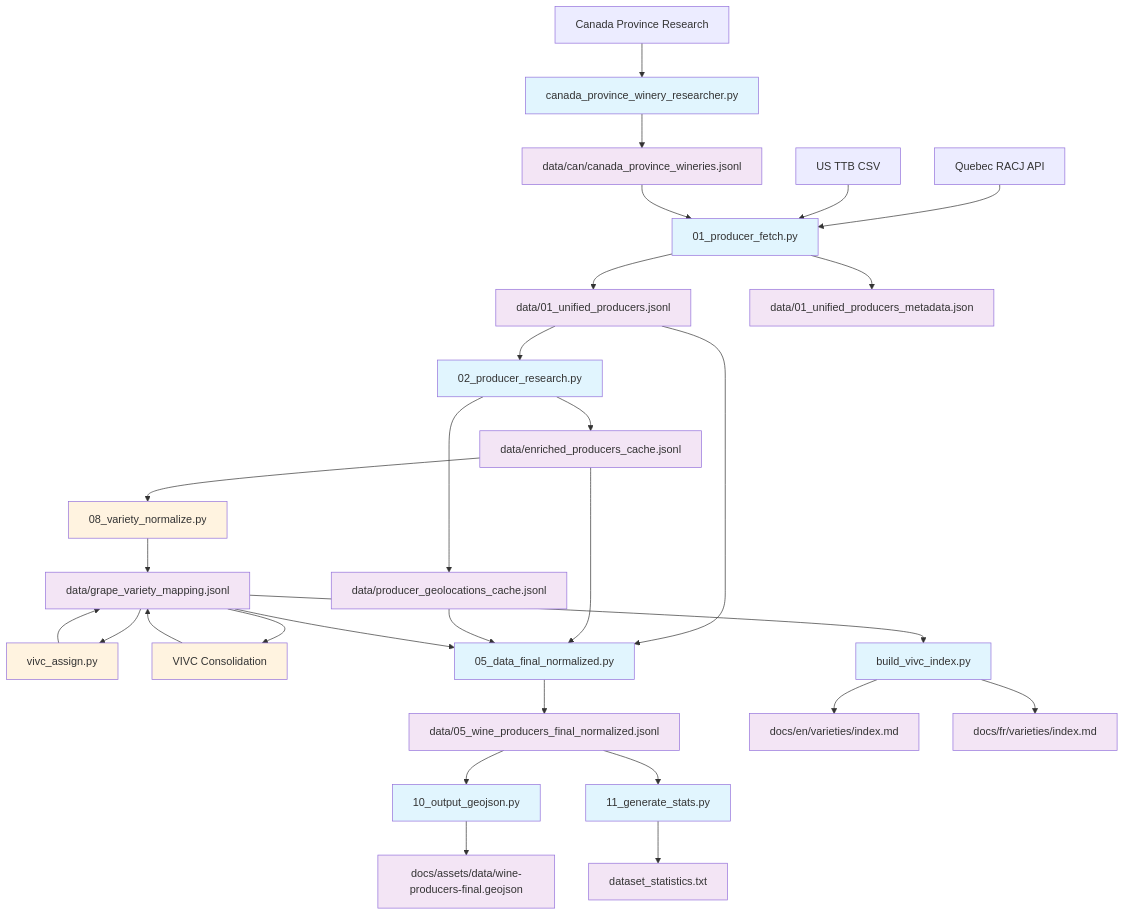
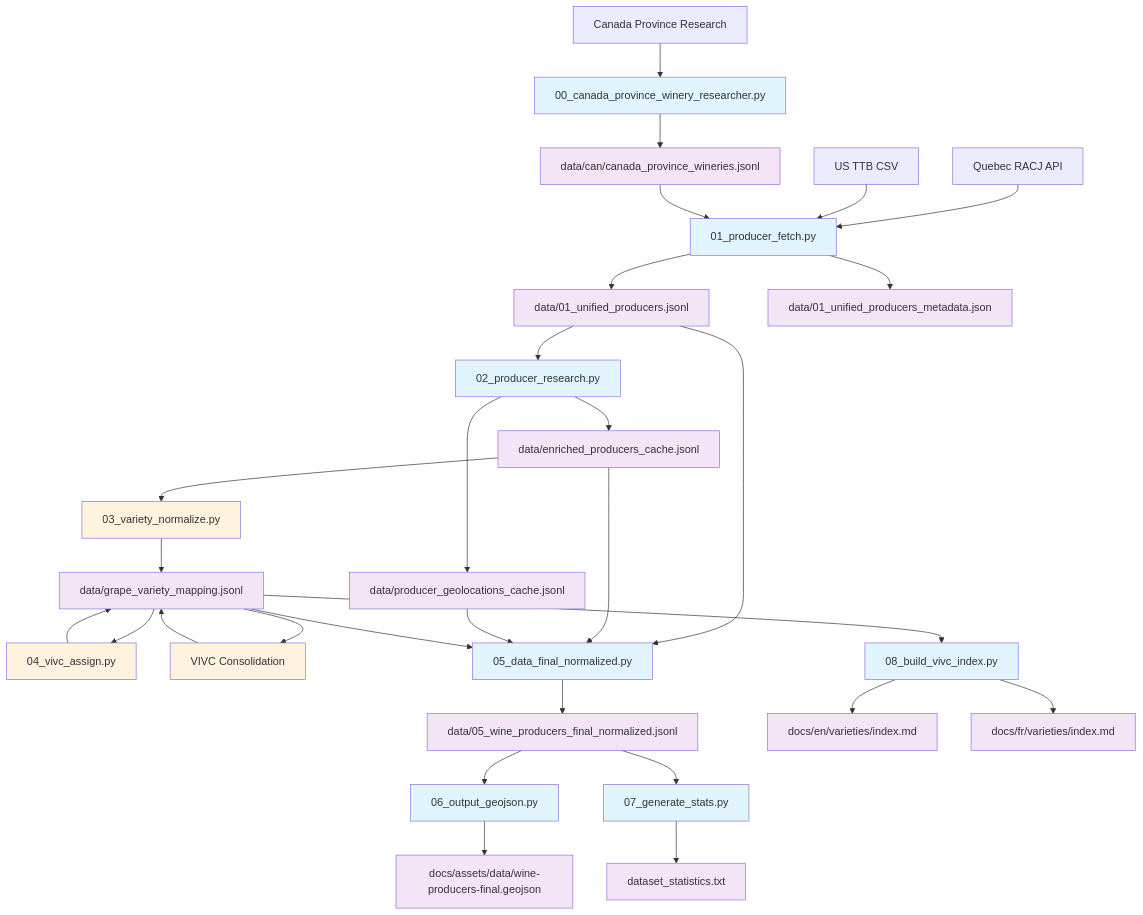
One commit to p-gag/grapegeek changed the diagram in src/README.md. Above: the diagram before and after it, drawn with Mermaid. The commit also changed other lines of this file and 6 other files, not shown here.

````diff
--- a/src/README.md
+++ b/src/README.md
@@ -16,58 +16,58 @@
 ```mermaid
 graph TD
     %% Data Sources
     A1[Quebec RACJ API] 
     A2[US TTB CSV]
     A3[Canada Province Research]
     
-    %% Step 1: Data Collection
-    A3 --> B1[canada_province_winery_researcher.py]
-    B1 --> D1[data/can/canada_province_wineries.jsonl]
+    %% Step 0: Data Collection
+    A3 --> B0[00_canada_province_winery_researcher.py]
+    B0 --> D1[data/can/canada_province_wineries.jsonl]
     
-    %% Step 2: Unify Sources  
-    A1 --> B2[01_producer_fetch.py]
-    A2 --> B2
-    D1 --> B2
-    B2 --> D2[data/01_unified_producers.jsonl]
-    B2 --> D2M[data/01_unified_producers_metadata.json]
+    %% Step 1: Unify Sources  
+    A1 --> B1[01_producer_fetch.py]
+    A2 --> B1
+    D1 --> B1
+    B1 --> D2[data/01_unified_producers.jsonl]
+    B1 --> D2M[data/01_unified_producers_metadata.json]
     
-    %% Step 3: Research & Enrichment
-    D2 --> B3[02_producer_research.py]
-    B3 --> D3A[data/enriched_producers_cache.jsonl]
-    B3 --> D3B[data/producer_geolocations_cache.jsonl]
+    %% Step 2: Research & Enrichment
+    D2 --> B2[02_producer_research.py]
+    B2 --> D3A[data/enriched_producers_cache.jsonl]
+    B2 --> D3B[data/producer_geolocations_cache.jsonl]
     
-    %% Step 4: Variety Processing (Manual Review Needed)
-    D3A --> B4[08_variety_normalize.py]
-    B4 --> D4[data/grape_variety_mapping.jsonl]
-    D4 --> B5[vivc_assign.py] 
-    B5 --> D4
-    D4 --> B6[VIVC Consolidation]
-    B6 --> D4
+    %% Step 3: Variety Processing (Manual Review Needed)
+    D3A --> B3[03_variety_normalize.py]
+    B3 --> D4[data/grape_variety_mapping.jsonl]
+    D4 --> B4[04_vivc_assign.py] 
+    B4 --> D4
+    D4 --> B4B[VIVC Consolidation]
+    B4B --> D4
     
-    %% Step 5: Final Dataset
-    D2 --> B7[05_data_final_normalized.py]
-    D3A --> B7
-    D3B --> B7  
-    D4 --> B7
-    B7 --> D7[data/05_wine_producers_final_normalized.jsonl]
+    %% Step 4: Final Dataset
+    D2 --> B5[05_data_final_normalized.py]
+    D3A --> B5
+    D3B --> B5  
+    D4 --> B5
+    B5 --> D7[data/05_wine_producers_final_normalized.jsonl]
     
-    %% Step 6: Outputs
-    D7 --> B8[10_output_geojson.py]
-    B8 --> D8[docs/assets/data/wine-producers-final.geojson]
+    %% Step 5: Outputs
+    D7 --> B6[06_output_geojson.py]
+    B6 --> D8[docs/assets/data/wine-producers-final.geojson]
     
-    D4 --> B9[build_vivc_index.py]
-    B9 --> D9A[docs/en/varieties/index.md]
-    B9 --> D9B[docs/fr/varieties/index.md]
+    D7 --> B7[07_generate_stats.py]
+    B7 --> D10[dataset_statistics.txt]
     
-    D7 --> B10[11_generate_stats.py]
-    B10 --> D10[dataset_statistics.txt]
+    D4 --> B8[08_build_vivc_index.py]
+    B8 --> D9A[docs/en/varieties/index.md]
+    B8 --> D9B[docs/fr/varieties/index.md]
     
     %% Styling
     classDef script fill:#e1f5fe
     classDef datafile fill:#f3e5f5
     classDef manual fill:#fff3e0
     
-    class B1,B2,B3,B4,B5,B6,B7,B8,B9,B10 script
+    class B0,B1,B2,B3,B4,B4B,B5,B6,B7,B8 script
     class D1,D2,D2M,D3A,D3B,D4,D7,D8,D9A,D9B,D10 datafile
-    class B4,B5,B6 manual
+    class B3,B4,B4B manual
 ```
````
